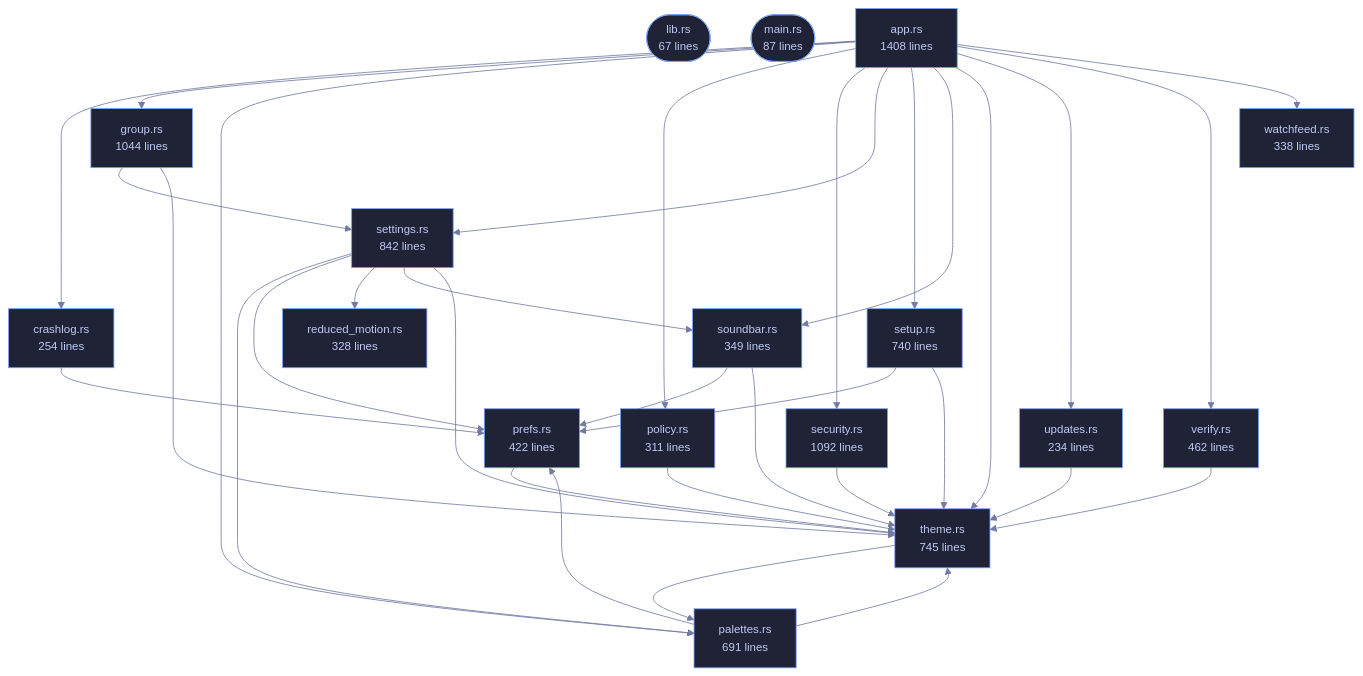
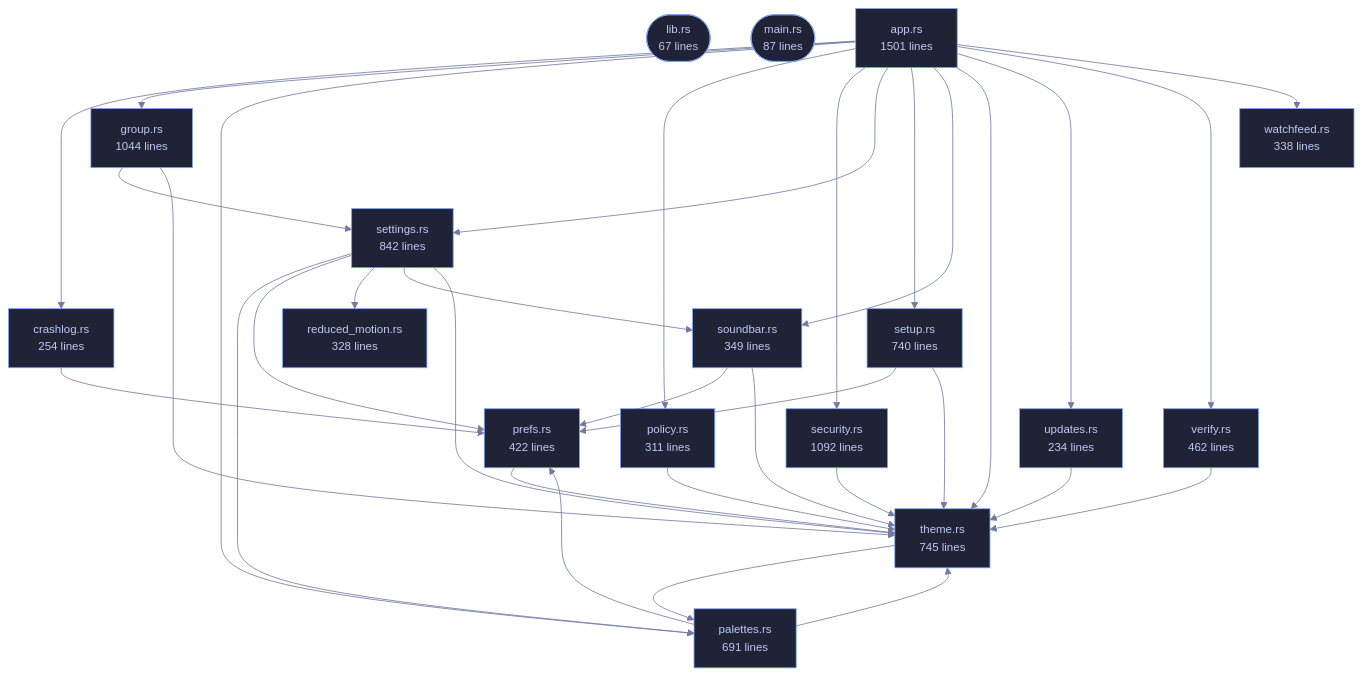
One commit to tilas01/veilvoice changed the diagram in crates/veilvoice-gui/README.md. Above: the diagram before and after it, drawn with Mermaid. The commit also changed other lines of this file and 38 other files, not shown here.

````diff
--- a/crates/veilvoice-gui/README.md
+++ b/crates/veilvoice-gui/README.md
@@ -81,70 +81,70 @@
 ```mermaid
 %%{init: {"theme":"base","themeVariables":{"background":"#1a1b26","primaryColor":"#1f2335","primaryTextColor":"#c0caf5","primaryBorderColor":"#7aa2f7","secondaryColor":"#16161e","tertiaryColor":"#16161e","lineColor":"#737aa2","textColor":"#c0caf5","mainBkg":"#1f2335","nodeBorder":"#7aa2f7","clusterBkg":"#16161e","clusterBorder":"#2f3549","fontFamily":"ui-monospace, SFMono-Regular, Consolas, monospace","fontSize":"14px"}}}%%
 flowchart TD
     n_lib(["lib.rs<br/>67 lines"])
     n_main(["main.rs<br/>87 lines"])
-    n_app["app.rs<br/>1408 lines"]
+    n_app["app.rs<br/>1501 lines"]
     n_crashlog["crashlog.rs<br/>254 lines"]
     n_group["group.rs<br/>1044 lines"]
     n_palettes["palettes.rs<br/>691 lines"]
     n_policy["policy.rs<br/>311 lines"]
     n_prefs["prefs.rs<br/>422 lines"]
     n_reduced_motion["reduced_motion.rs<br/>328 lines"]
     n_security["security.rs<br/>1092 lines"]
     n_settings["settings.rs<br/>842 lines"]
     n_setup["setup.rs<br/>740 lines"]
     n_soundbar["soundbar.rs<br/>349 lines"]
     n_theme["theme.rs<br/>745 lines"]
     n_updates["updates.rs<br/>234 lines"]
     n_verify["verify.rs<br/>462 lines"]
     n_watchfeed["watchfeed.rs<br/>338 lines"]
     n_app --> n_crashlog
     n_app --> n_group
     n_app --> n_palettes
     n_app --> n_policy
     n_app --> n_security
     n_app --> n_settings
     n_app --> n_setup
     n_app --> n_soundbar
     n_app --> n_theme
     n_app --> n_updates
     n_app --> n_verify
     n_app --> n_watchfeed
     n_crashlog --> n_prefs
     n_group --> n_settings
     n_group --> n_theme
     n_palettes --> n_prefs
     n_palettes --> n_theme
     n_policy --> n_theme
     n_prefs --> n_theme
     n_security --> n_theme
     n_settings --> n_palettes
     n_settings --> n_prefs
     n_settings --> n_reduced_motion
     n_settings --> n_soundbar
     n_settings --> n_theme
     n_setup --> n_prefs
     n_setup --> n_theme
     n_soundbar --> n_prefs
     n_soundbar --> n_theme
     n_theme --> n_palettes
     n_updates --> n_theme
     n_verify --> n_theme
     click n_lib href "https://github.com/tilas01/veilvoice/blob/main/crates/veilvoice-gui/src/lib.rs" "open the source"
     click n_main href "https://github.com/tilas01/veilvoice/blob/main/crates/veilvoice-gui/src/main.rs" "open the source"
     click n_app href "https://github.com/tilas01/veilvoice/blob/main/crates/veilvoice-gui/src/app.rs" "open the source"
     click n_crashlog href "https://github.com/tilas01/veilvoice/blob/main/crates/veilvoice-gui/src/crashlog.rs" "open the source"
     click n_group href "https://github.com/tilas01/veilvoice/blob/main/crates/veilvoice-gui/src/group.rs" "open the source"
     click n_palettes href "https://github.com/tilas01/veilvoice/blob/main/crates/veilvoice-gui/src/palettes.rs" "open the source"
     click n_policy href "https://github.com/tilas01/veilvoice/blob/main/crates/veilvoice-gui/src/policy.rs" "open the source"
     click n_prefs href "https://github.com/tilas01/veilvoice/blob/main/crates/veilvoice-gui/src/prefs.rs" "open the source"
     click n_reduced_motion href "https://github.com/tilas01/veilvoice/blob/main/crates/veilvoice-gui/src/reduced_motion.rs" "open the source"
     click n_security href "https://github.com/tilas01/veilvoice/blob/main/crates/veilvoice-gui/src/security.rs" "open the source"
     click n_settings href "https://github.com/tilas01/veilvoice/blob/main/crates/veilvoice-gui/src/settings.rs" "open the source"
     click n_setup href "https://github.com/tilas01/veilvoice/blob/main/crates/veilvoice-gui/src/setup.rs" "open the source"
     click n_soundbar href "https://github.com/tilas01/veilvoice/blob/main/crates/veilvoice-gui/src/soundbar.rs" "open the source"
     click n_theme href "https://github.com/tilas01/veilvoice/blob/main/crates/veilvoice-gui/src/theme.rs" "open the source"
     click n_updates href "https://github.com/tilas01/veilvoice/blob/main/crates/veilvoice-gui/src/updates.rs" "open the source"
     click n_verify href "https://github.com/tilas01/veilvoice/blob/main/crates/veilvoice-gui/src/verify.rs" "open the source"
     click n_watchfeed href "https://github.com/tilas01/veilvoice/blob/main/crates/veilvoice-gui/src/watchfeed.rs" "open the source"
 ```
````
